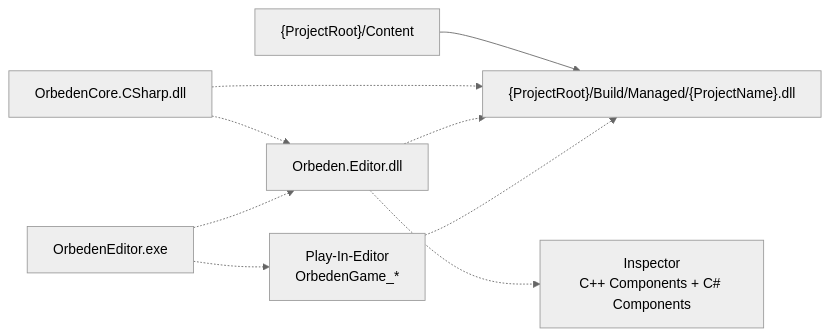
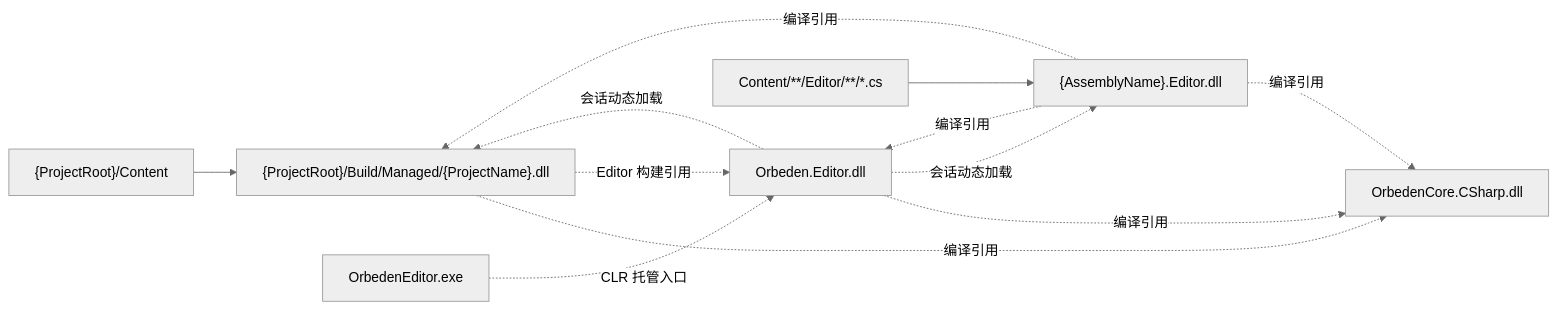
The third of 3 diagrams in Docs/BuildAndPackaging.md (REW-Z/orbeden), drawn with Mermaid (neutral theme) before and after one commit. The commit also changed other lines of this file and 23 other files, not shown here.

````diff
--- a/Docs/BuildAndPackaging.md
+++ b/Docs/BuildAndPackaging.md
@@ -350,11 +384,14 @@
 ```mermaid
 flowchart LR
     GameCs["{ProjectRoot}/Content"] --> GameDll["{ProjectRoot}/Build/Managed/{ProjectName}.dll"]
-    CoreSdk["OrbedenCore.CSharp.dll"] -.-> GameDll
-    CoreSdk -.-> EditorDll["Orbeden.Editor.dll"]
-    EditorExe["OrbedenEditor.exe"] -.-> EditorDll
-    EditorDll -.-> Inspector["Inspector\nC++ Components + C# Components"]
-    EditorDll -.-> GameDll
-    EditorExe -.-> PIE["Play-In-Editor\nOrbedenGame_*"]
-    PIE -.-> GameDll
+    GameDll -. 编译引用 .-> CoreSdk["OrbedenCore.CSharp.dll"]
+    GameDll -. Editor 构建引用 .-> EditorDll["Orbeden.Editor.dll"]
+    EditorDll -. 编译引用 .-> CoreSdk
+    GameEditorCs["Content/**/Editor/**/*.cs"] --> GameEditorDll["{AssemblyName}.Editor.dll"]
+    GameEditorDll -. 编译引用 .-> GameDll
+    GameEditorDll -. 编译引用 .-> CoreSdk
+    GameEditorDll -. 编译引用 .-> EditorDll
+    EditorExe["OrbedenEditor.exe"] -. CLR 托管入口 .-> EditorDll
+    EditorDll -. 会话动态加载 .-> GameDll
+    EditorDll -. 会话动态加载 .-> GameEditorDll
 ```
````
